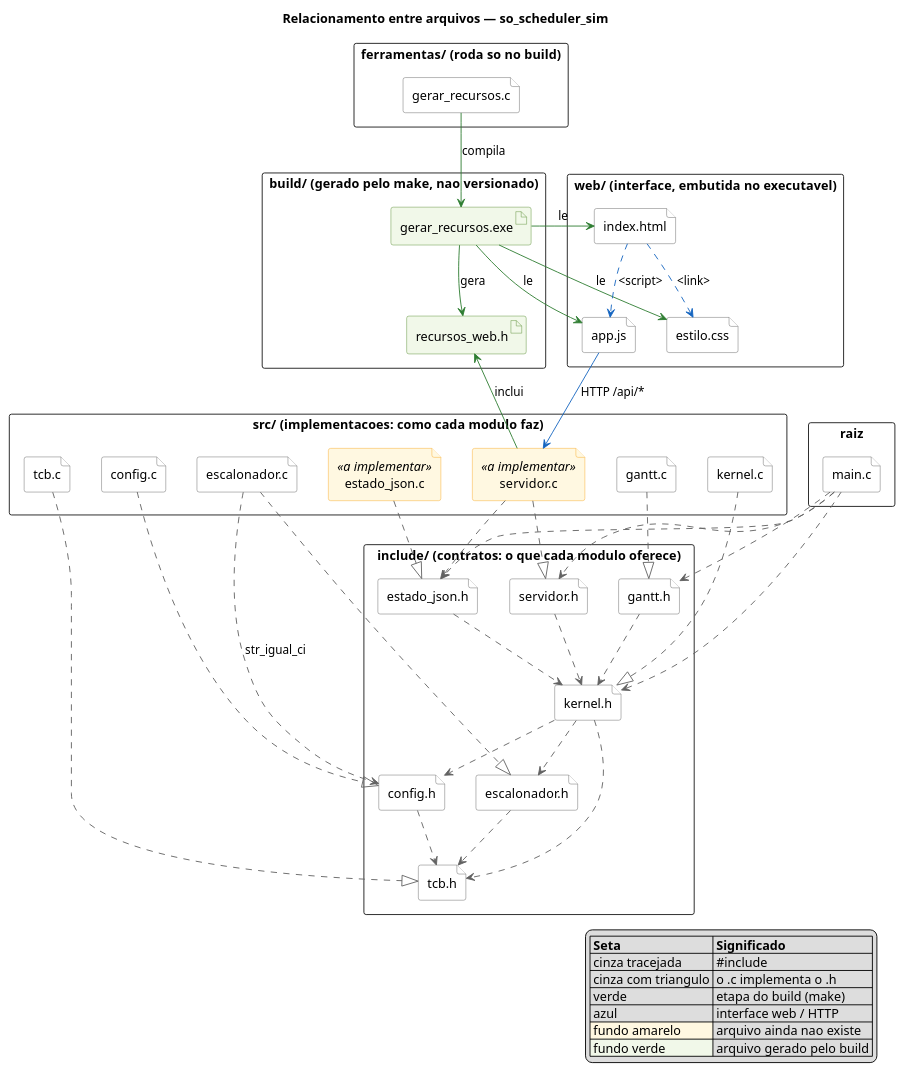
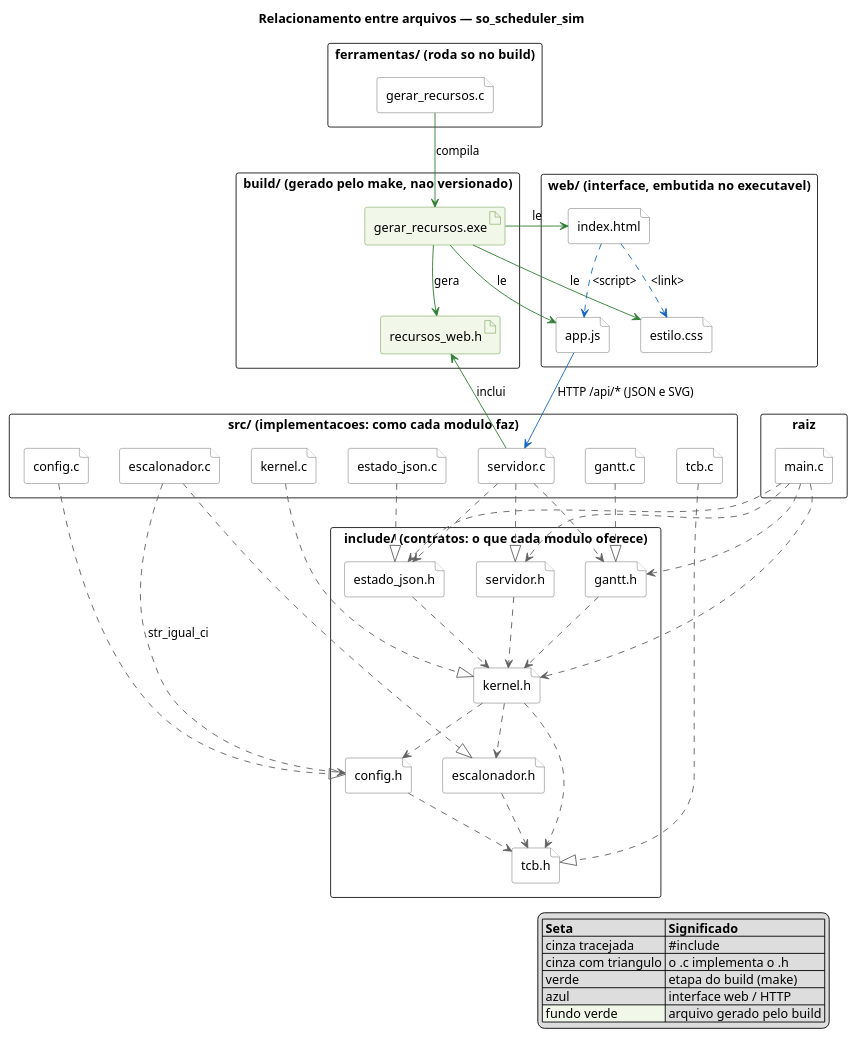
The diagram in fluxogramas/relacionamento_arquivos.puml (IsaBellaBortoleto/so_scheduler_sim), drawn with PlantUML before and after one commit. The commit also changed 13 other files, not shown here.

```diff
--- a/fluxogramas/relacionamento_arquivos.puml
+++ b/fluxogramas/relacionamento_arquivos.puml
@@ -1,131 +1,128 @@
 @startuml relacionamento_arquivos
 title Relacionamento entre arquivos — so_scheduler_sim
 
 ' ----------------------------------------------------------------------------
 ' Gerado a partir dos #include reais do repositorio e das referencias entre os
-' arquivos de web/. Arquivos com fundo amarelo ainda NAO existem: so o .h foi
-' escrito. Atualize este diagrama quando eles forem criados.
+' arquivos de web/ (conferido em 19/10/2026). Ao criar um arquivo novo ou um
+' #include novo, atualize este diagrama.
 ' ----------------------------------------------------------------------------
 
 skinparam shadowing false
 skinparam defaultFontName Arial
 skinparam packageStyle rectangle
 skinparam ArrowColor #616161
 skinparam file {
   BackgroundColor #FFFFFF
   BorderColor #616161
-}
-skinparam file<<a implementar>> {
-  BackgroundColor #FFF8E1
-  BorderColor #F9A825
 }
 skinparam artifact {
   BackgroundColor #F1F8E9
   BorderColor #558B2F
 }
 
 ' ============================== pacotes ======================================
 
 package "raiz" {
   file "main.c" as main
 }
 
 package "include/  (contratos: o que cada modulo oferece)" {
   file "tcb.h"         as tcb_h
   file "config.h"      as config_h
   file "escalonador.h" as esc_h
   file "kernel.h"      as kernel_h
   file "gantt.h"       as gantt_h
   file "estado_json.h" as json_h
   file "servidor.h"    as serv_h
 }
 
 package "src/  (implementacoes: como cada modulo faz)" {
   file "tcb.c"         as tcb_c
   file "config.c"      as config_c
   file "escalonador.c" as esc_c
   file "kernel.c"      as kernel_c
   file "gantt.c"       as gantt_c
-  file "estado_json.c" as json_c <<a implementar>>
-  file "servidor.c"    as serv_c <<a implementar>>
+  file "estado_json.c" as json_c
+  file "servidor.c"    as serv_c
 }
 
 package "ferramentas/  (roda so no build)" {
   file "gerar_recursos.c" as gerador_c
 }
 
 package "web/  (interface, embutida no executavel)" {
   file "index.html" as html
   file "app.js"     as js
   file "estilo.css" as css
 }
 
 package "build/  (gerado pelo make, nao versionado)" {
   artifact "gerar_recursos.exe" as gerador_exe
   artifact "recursos_web.h"     as recursos_h
 }
 
 ' ================= cadeia de #include entre os cabecalhos ====================
 ' tcb.h e a base: nao inclui nenhum outro arquivo do projeto.
 
 config_h ..> tcb_h
 esc_h    ..> tcb_h
 kernel_h ..> tcb_h
 kernel_h ..> esc_h
 kernel_h ..> config_h
 gantt_h  ..> kernel_h
 json_h   ..> kernel_h
 serv_h   ..> kernel_h
 
 ' ========================== main.c e seus #include ===========================
 
 main ..> kernel_h
 main ..> gantt_h
 main ..> json_h
 main ..> serv_h
 
 ' ===================== cada .c implementa o seu .h ===========================
 
 tcb_c    ..|> tcb_h
 config_c ..|> config_h
 esc_c    ..|> esc_h
 kernel_c ..|> kernel_h
 gantt_c  ..|> gantt_h
 json_c   ..|> json_h
 serv_c   ..|> serv_h
 
 ' escalonador.c inclui config.h so para usar str_igual_ci
 esc_c ..> config_h : str_igual_ci
 
 ' o servidor transforma a Simulacao em JSON para responder a pagina
 serv_c ..> json_h
+' e pede o SVG do Gantt (tela e exportacao) ao gantt.c
+serv_c ..> gantt_h
 
 ' ================ build: a pagina vira bytes dentro do .exe ==================
 
 gerador_c   -[#2E7D32]-> gerador_exe : compila
 gerador_exe -[#2E7D32]-> html        : le
 gerador_exe -[#2E7D32]-> js          : le
 gerador_exe -[#2E7D32]-> css         : le
 gerador_exe -[#2E7D32]-> recursos_h  : gera
 ' (rotulo "inclui", e nao "#include": no PlantUML o # e lido como cor)
 serv_c      -[#2E7D32]-> recursos_h  : inclui
 
 ' ======================= interface web em execucao ===========================
 
 html -[#1565C0,dashed]-> css : <link>
 html -[#1565C0,dashed]-> js  : <script>
-js   -[#1565C0]-> serv_c     : HTTP /api/*
+js   -[#1565C0]-> serv_c     : HTTP /api/* (JSON e SVG)
 
 ' ================================= legenda ===================================
 
 legend right
   |= Seta |= Significado |
   | cinza tracejada | #include |
   | cinza com triangulo | o .c implementa o .h |
   | verde | etapa do build (make) |
   | azul | interface web / HTTP |
-  |<#FFF8E1> fundo amarelo | arquivo ainda nao existe |
   |<#F1F8E9> fundo verde | arquivo gerado pelo build |
 endlegend
 
 @enduml
```
